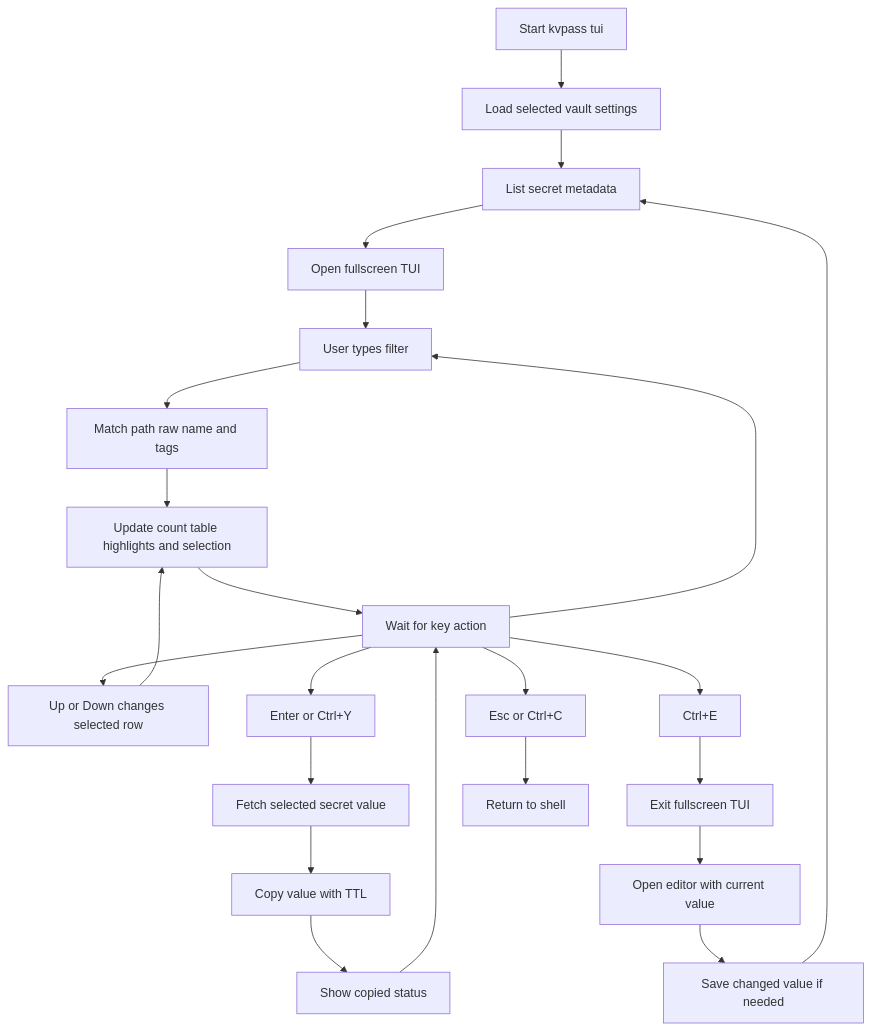
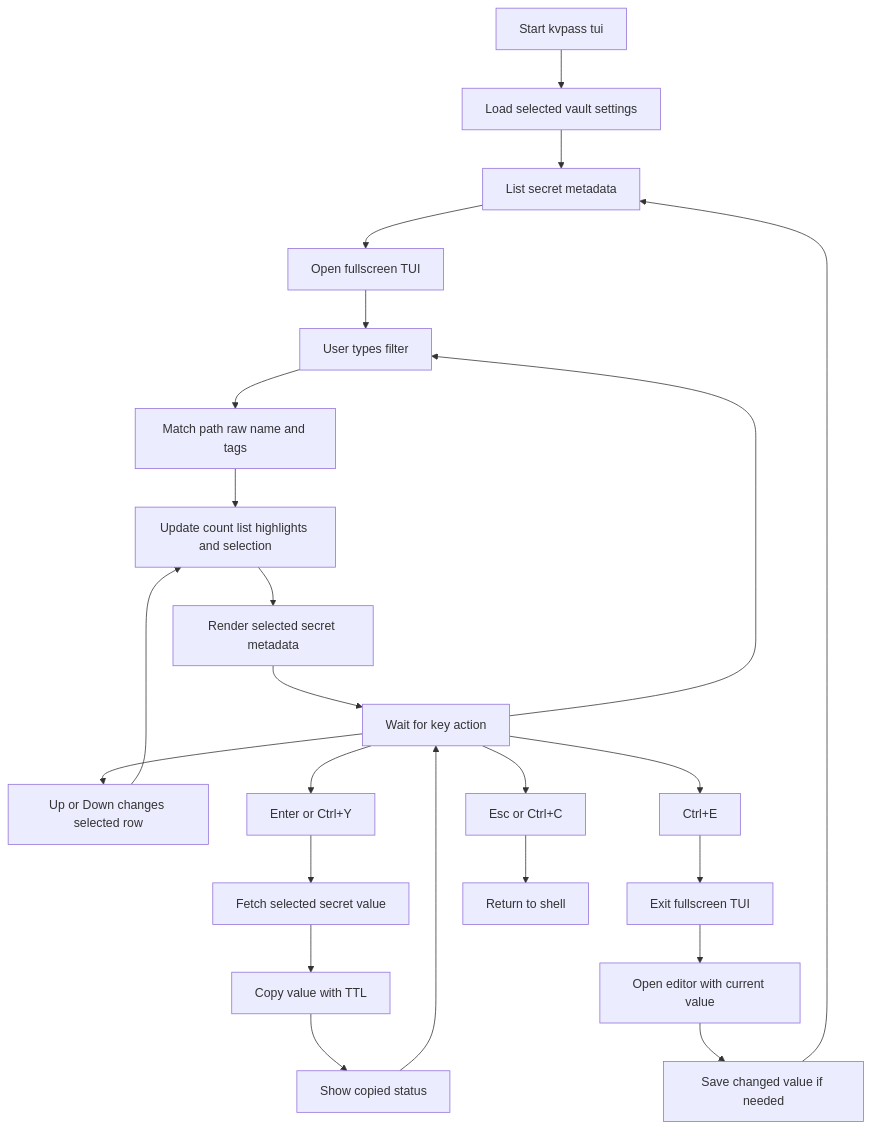
One commit to shaposhnikoff/kvpass changed the diagram in docs/diagrams/kvpass-tui-flow.md. Above: the diagram before and after it, drawn with Mermaid. The commit also changed 3 other files, not shown here.

Commit message:
feat: add TUI secret details pane

````diff
--- a/docs/diagrams/kvpass-tui-flow.md
+++ b/docs/diagrams/kvpass-tui-flow.md
@@ -3,25 +3,26 @@
 ```mermaid
 flowchart TD
     Start[Start kvpass tui] --> LoadConfig[Load selected vault settings]
     LoadConfig --> LoadSecrets[List secret metadata]
     LoadSecrets --> OpenTui[Open fullscreen TUI]
     OpenTui --> Filter[User types filter]
     Filter --> Match[Match path raw name and tags]
-    Match --> Update[Update count table highlights and selection]
-    Update --> Wait[Wait for key action]
+    Match --> Update[Update count list highlights and selection]
+    Update --> Details[Render selected secret metadata]
+    Details --> Wait[Wait for key action]
     Wait --> Filter
     Wait --> Move[Up or Down changes selected row]
     Move --> Update
     Wait --> Copy[Enter or Ctrl+Y]
     Copy --> FetchValue[Fetch selected secret value]
     FetchValue --> Clipboard[Copy value with TTL]
     Clipboard --> Status[Show copied status]
     Status --> Wait
     Wait --> Edit[Ctrl+E]
     Edit --> ExitTui[Exit fullscreen TUI]
     ExitTui --> Editor[Open editor with current value]
     Editor --> Save[Save changed value if needed]
     Save --> LoadSecrets
     Wait --> Quit[Esc or Ctrl+C]
     Quit --> End[Return to shell]
 ```
````
